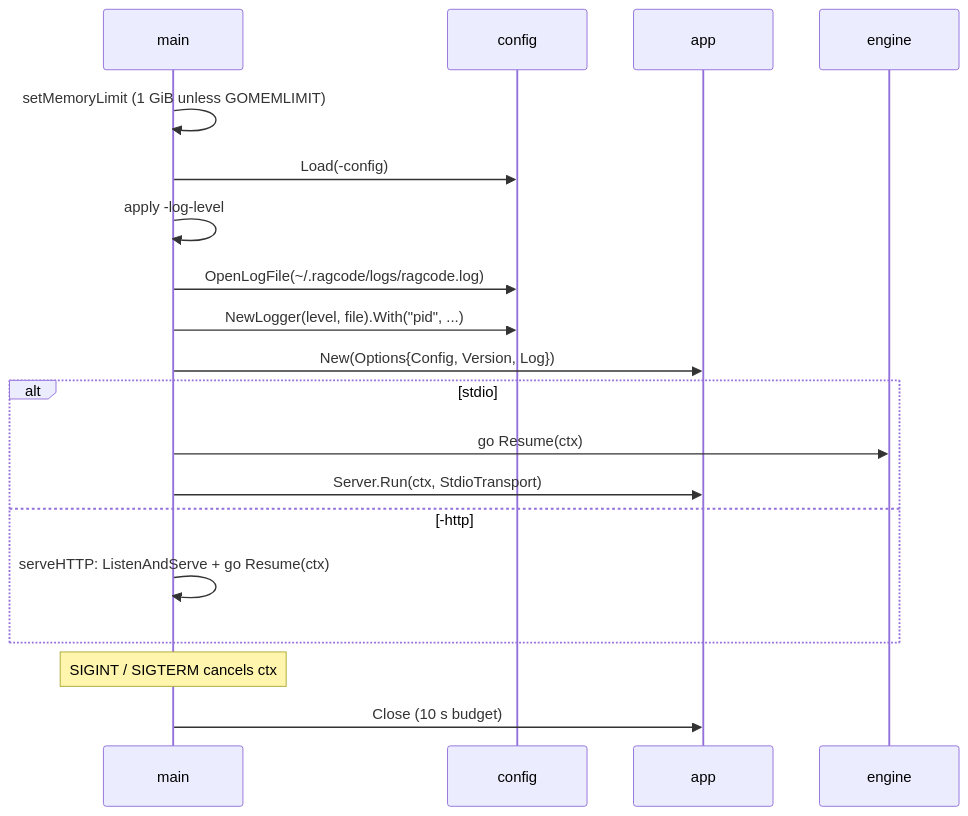
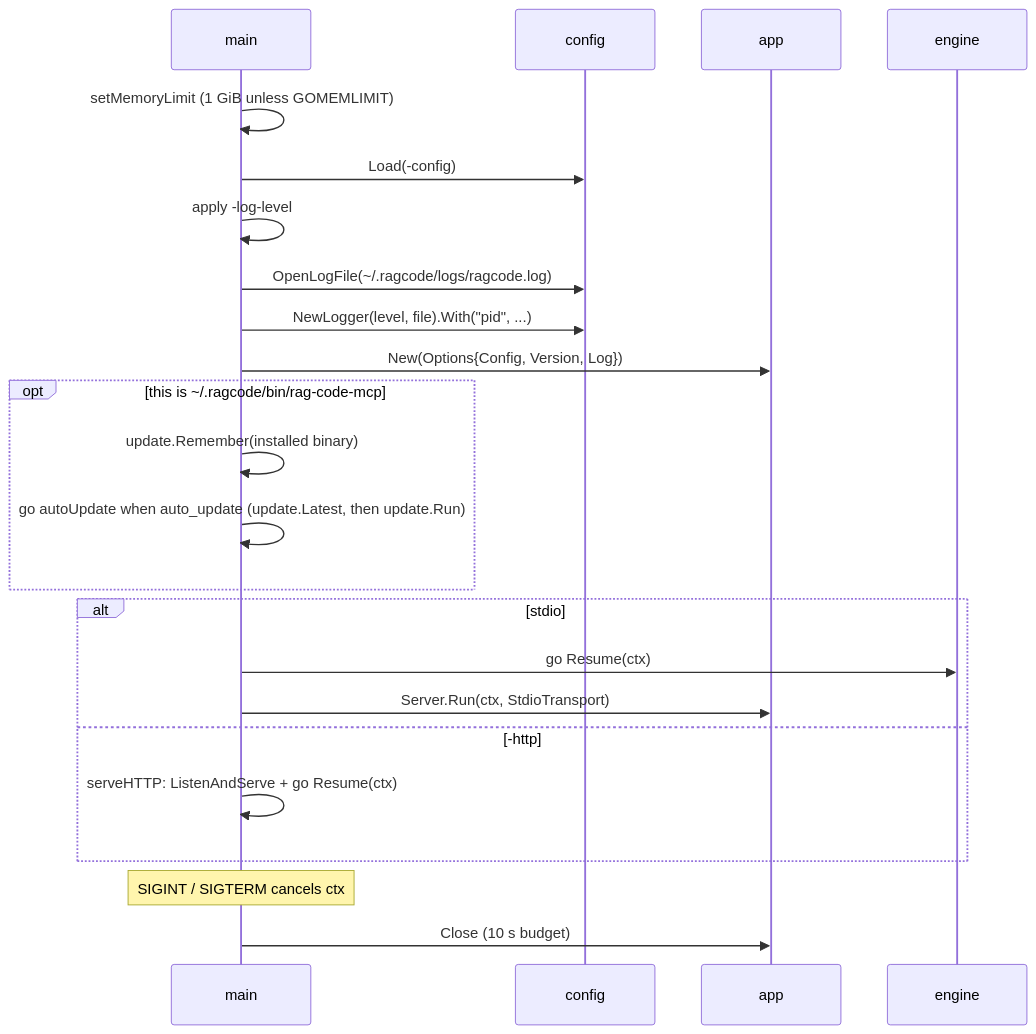
The second of 2 diagrams in cmd/rag-code-mcp/README.md (doITmagic/rag-code-mcp), drawn with Mermaid before and after one commit. The commit also changed other lines of this file and 15 other files, not shown here.

````diff
--- a/cmd/rag-code-mcp/README.md
+++ b/cmd/rag-code-mcp/README.md
@@ -66,21 +67,25 @@
 ```mermaid
 sequenceDiagram
     participant M as main
     participant C as config
     participant A as app
     participant E as engine
     M->>M: setMemoryLimit (1 GiB unless GOMEMLIMIT)
     M->>C: Load(-config)
     M->>M: apply -log-level
     M->>C: OpenLogFile(~/.ragcode/logs/ragcode.log)
     M->>C: NewLogger(level, file).With("pid", ...)
     M->>A: New(Options{Config, Version, Log})
+    opt this is ~/.ragcode/bin/rag-code-mcp
+        M->>M: update.Remember(installed binary)
+        M->>M: go autoUpdate when auto_update (update.Latest, then update.Run)
+    end
     alt stdio
         M->>E: go Resume(ctx)
         M->>A: Server.Run(ctx, StdioTransport)
     else -http
         M->>M: serveHTTP: ListenAndServe + go Resume(ctx)
     end
     Note over M: SIGINT / SIGTERM cancels ctx
     M->>A: Close (10 s budget)
 ```
````
